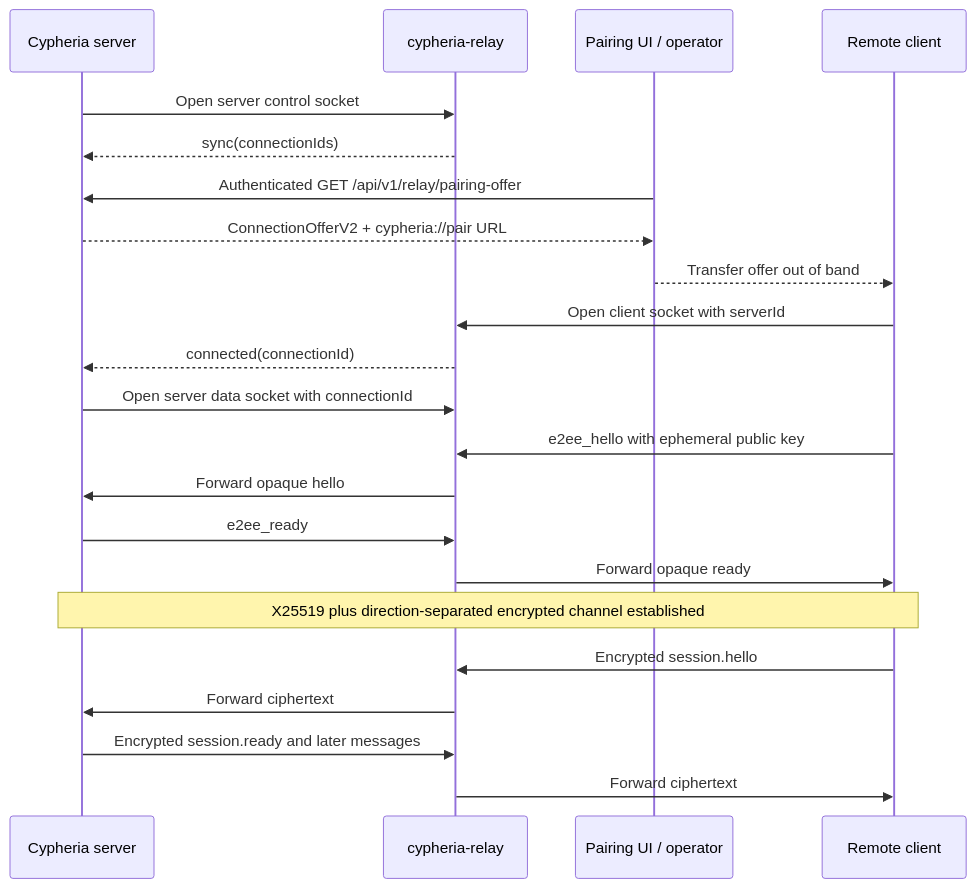
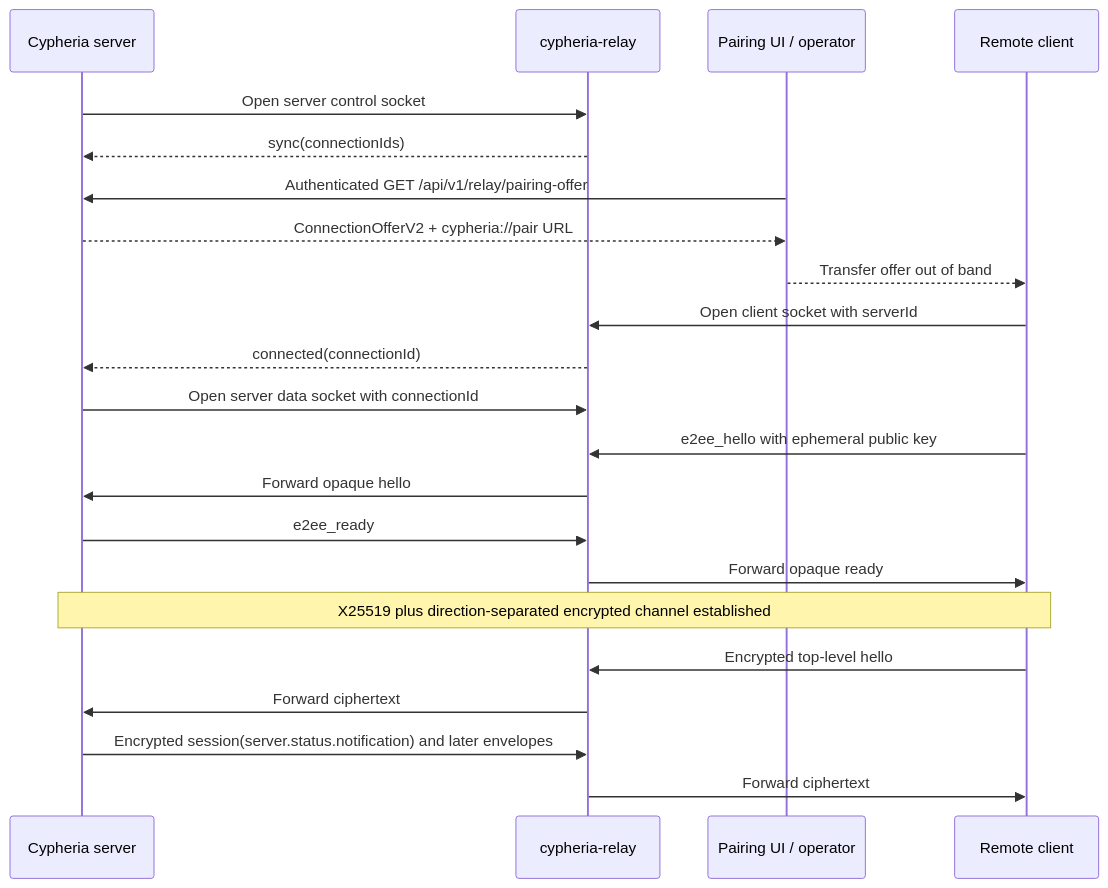
One commit to cypheriaweb3/cypheria changed the first of 3 diagrams in docs/relay.md. Above: the diagram before and after it, drawn with Mermaid. The commit also changed 48 other files, not shown here.

````diff
--- a/docs/relay.md
+++ b/docs/relay.md
@@ -35,25 +35,25 @@
 ```mermaid
 sequenceDiagram
     participant S as Cypheria server
     participant R as cypheria-relay
     participant O as Pairing UI / operator
     participant C as Remote client
 
     S->>R: Open server control socket
     R-->>S: sync(connectionIds)
     O->>S: Authenticated GET /api/v1/relay/pairing-offer
     S-->>O: ConnectionOfferV2 + cypheria://pair URL
     O-->>C: Transfer offer out of band
     C->>R: Open client socket with serverId
     R-->>S: connected(connectionId)
     S->>R: Open server data socket with connectionId
     C->>R: e2ee_hello with ephemeral public key
     R->>S: Forward opaque hello
     S->>R: e2ee_ready
     R->>C: Forward opaque ready
     Note over C,S: X25519 plus direction-separated encrypted channel established
-    C->>R: Encrypted session.hello
+    C->>R: Encrypted top-level hello
     R->>S: Forward ciphertext
-    S->>R: Encrypted session.ready and later messages
+    S->>R: Encrypted session(server.status.notification) and later envelopes
     R->>C: Forward ciphertext
 ```
````
